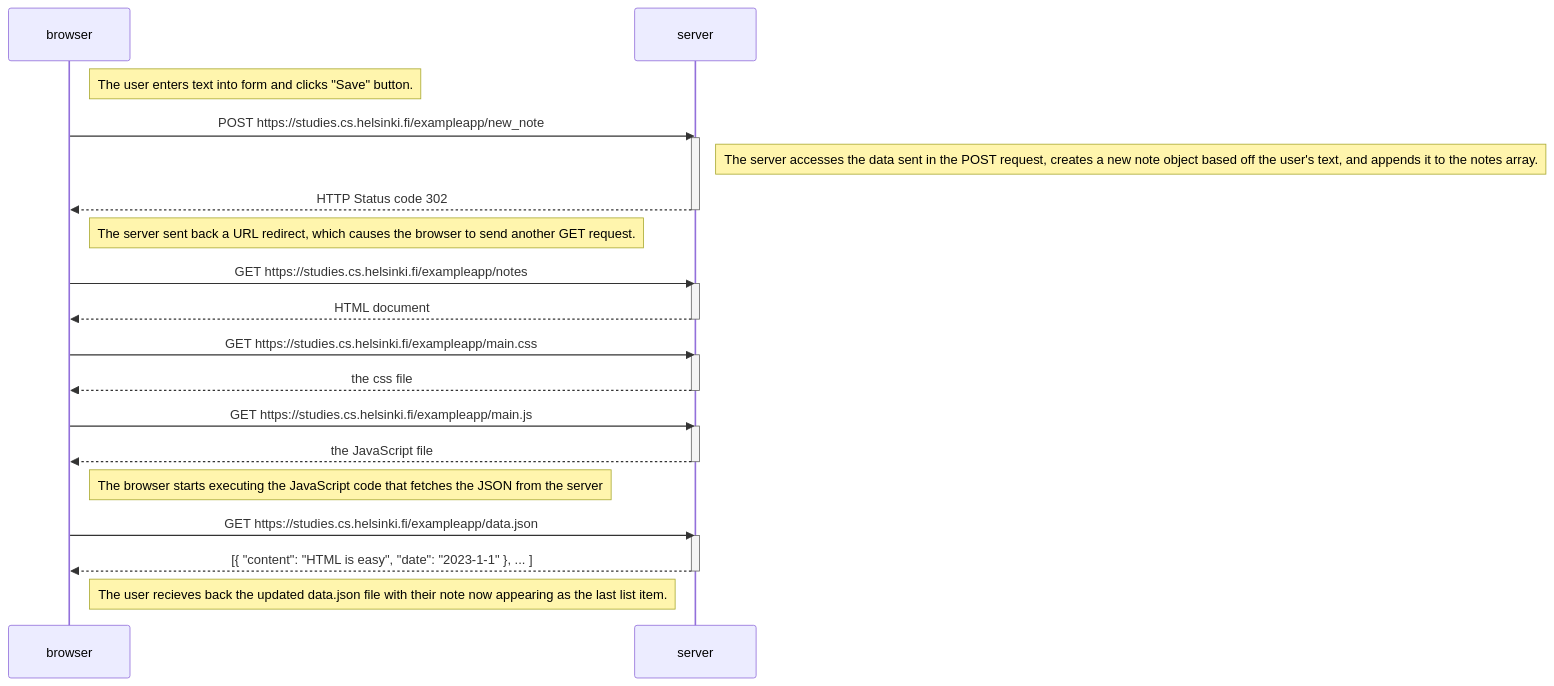
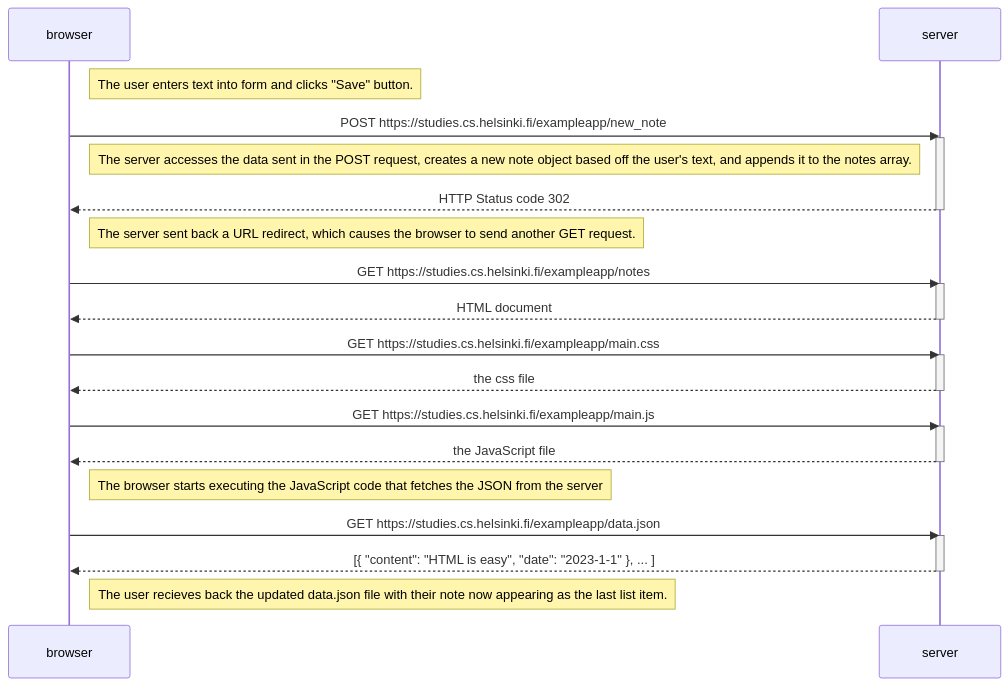
Before and after one commit to djsmall/fullstackopen: the diagram in part0/exercise0_4.md, drawn with Mermaid.

Commit message:
Fixed alignment of note

````diff
--- a/part0/exercise0_4.md
+++ b/part0/exercise0_4.md
@@ -1,39 +1,39 @@
 ```mermaid
 sequenceDiagram
 participant browser
 participant server
 
     Note right of browser: The user enters text into form and clicks "Save" button.
     browser->>server: POST https://studies.cs.helsinki.fi/exampleapp/new_note
     activate server
-    Note right of server: The server accesses the data sent in the POST request, creates a new note object based off the user's text, and appends it to the notes array.
+    Note left of server: The server accesses the data sent in the POST request, creates a new note object based off the user's text, and appends it to the notes array.
     server-->>browser: HTTP Status code 302
     deactivate server
 
     Note right of browser: The server sent back a URL redirect, which causes the browser to send another GET request.
     browser->>server: GET https://studies.cs.helsinki.fi/exampleapp/notes
     activate server
     server-->>browser: HTML document
     deactivate server
 
     browser->>server: GET https://studies.cs.helsinki.fi/exampleapp/main.css
     activate server
     server-->>browser: the css file
     deactivate server
 
     browser->>server: GET https://studies.cs.helsinki.fi/exampleapp/main.js
     activate server
     server-->>browser: the JavaScript file
     deactivate server
 
     Note right of browser: The browser starts executing the JavaScript code that fetches the JSON from the server
 
     browser->>server: GET https://studies.cs.helsinki.fi/exampleapp/data.json
     activate server
     server-->>browser: [{ "content": "HTML is easy", "date": "2023-1-1" }, ... ]
     deactivate server
 
     Note right of browser: The user recieves back the updated data.json file with their note now appearing as the last list item.
 
 
 ```
````
